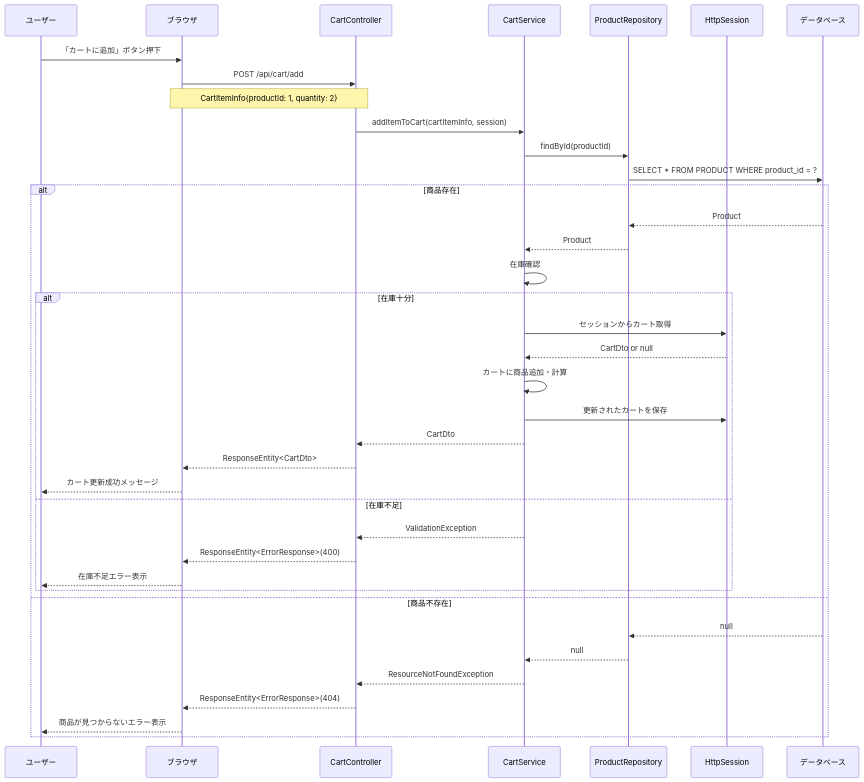
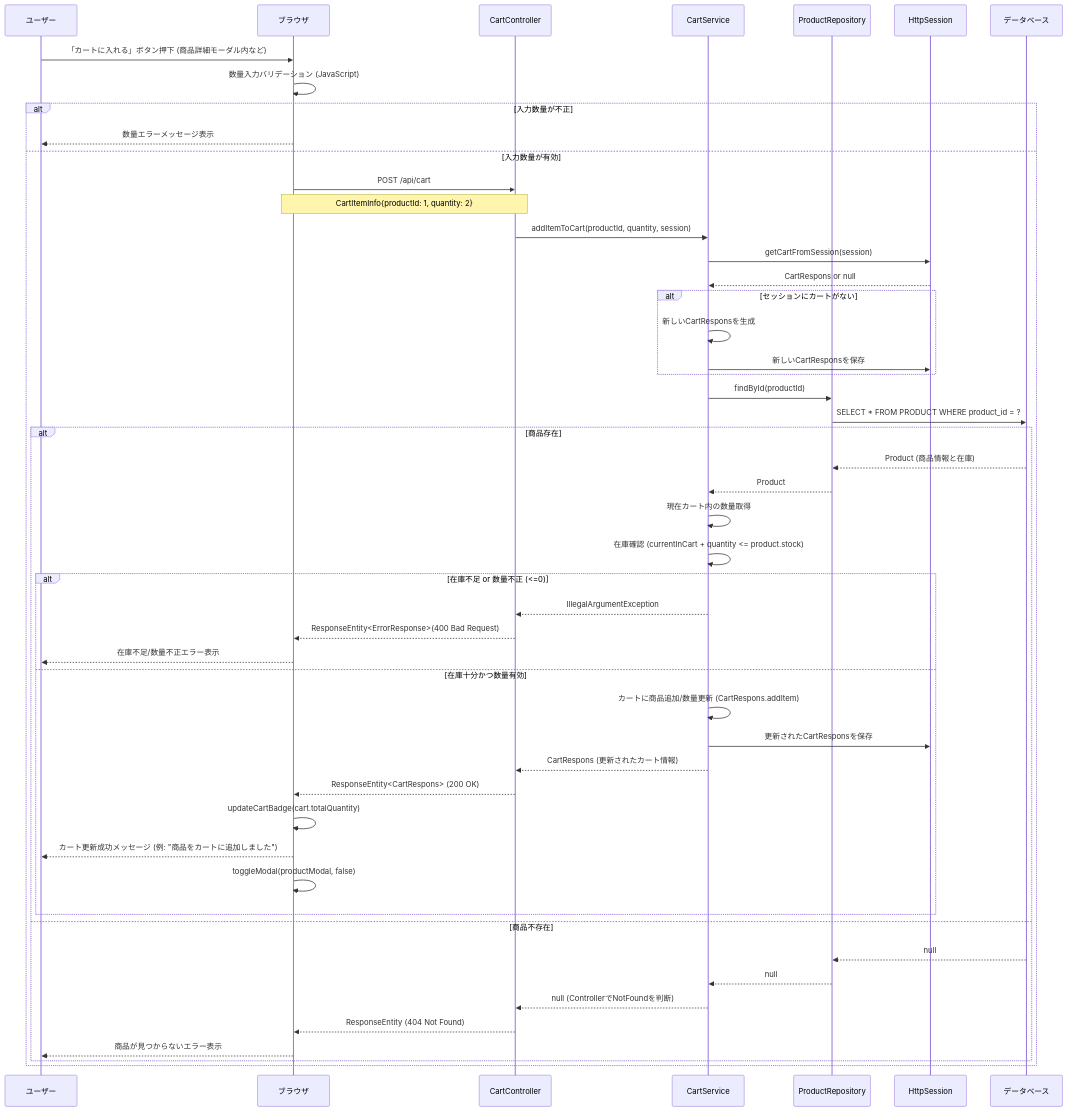
Before and after one commit to shogomaeda758/Bacon: the sixth of 22 diagrams in 詳細設計/詳細設計書_v3.md, drawn with Mermaid. The commit also changed other lines of this file, not shown here.

Commit message:
シーケンス図変更＿詳細設計書

````diff
--- a/詳細設計/詳細設計書_v3.md
+++ b/詳細設計/詳細設計書_v3.md
@@ -272,42 +272,54 @@
 ```mermaid
 sequenceDiagram
     participant U as ユーザー
     participant B as ブラウザ
     participant CC as CartController
     participant CS as CartService
     participant PR as ProductRepository
     participant S as HttpSession
     participant DB as データベース
 
-    U->>B: 「カートに追加」ボタン押下
-    B->>CC: POST /api/cart/add
-    Note over B,CC: CartItemInfo{productId: 1, quantity: 2}
-    CC->>CS: addItemToCart(cartItemInfo, session)
-    CS->>PR: findById(productId)
-    PR->>DB: SELECT * FROM PRODUCT WHERE product_id = ?
-    
-    alt 商品存在
-        DB-->>PR: Product
-        PR-->>CS: Product
-        CS->>CS: 在庫確認
-        alt 在庫十分
-            CS->>S: セッションからカート取得
-            S-->>CS: CartDto or null
-            CS->>CS: カートに商品追加・計算
-            CS->>S: 更新されたカートを保存
-            CS-->>CC: CartDto
-            CC-->>B: ResponseEntity<CartDto>
-            B-->>U: カート更新成功メッセージ
-        else 在庫不足
-            CS-->>CC: ValidationException
-            CC-->>B: ResponseEntity<ErrorResponse>(400)
-            B-->>U: 在庫不足エラー表示
+    U->>B: 「カートに入れる」ボタン押下 (商品詳細モーダル内など)
+    B->>B: 数量入力バリデーション (JavaScript)
+    alt 入力数量が不正
+        B-->>U: 数量エラーメッセージ表示
+    else 入力数量が有効
+        B->>CC: POST /api/cart
+        Note over B,CC: CartItemInfo{productId: 1, quantity: 2}
+        CC->>CS: addItemToCart(productId, quantity, session)
+        CS->>S: getCartFromSession(session)
+        S-->>CS: CartRespons or null
+        alt セッションにカートがない
+            CS->>CS: 新しいCartResponsを生成
+            CS->>S: 新しいCartResponsを保存
         end
-    else 商品不存在
-        DB-->>PR: null
-        PR-->>CS: null
-        CS-->>CC: ResourceNotFoundException
-        CC-->>B: ResponseEntity<ErrorResponse>(404)
-        B-->>U: 商品が見つからないエラー表示
+        CS->>PR: findById(productId)
+        PR->>DB: SELECT * FROM PRODUCT WHERE product_id = ?
+        
+        alt 商品存在
+            DB-->>PR: Product (商品情報と在庫)
+            PR-->>CS: Product
+            CS->>CS: 現在カート内の数量取得
+            CS->>CS: 在庫確認 (currentInCart + quantity <= product.stock)
+            alt 在庫不足 or 数量不正 (<=0)
+                CS-->>CC: IllegalArgumentException
+                CC-->>B: ResponseEntity<ErrorResponse>(400 Bad Request)
+                B-->>U: 在庫不足/数量不正エラー表示
+            else 在庫十分かつ数量有効
+                CS->>CS: カートに商品追加/数量更新 (CartRespons.addItem)
+                CS->>S: 更新されたCartResponsを保存
+                CS-->>CC: CartRespons (更新されたカート情報)
+                CC-->>B: ResponseEntity<CartRespons> (200 OK)
+                B->>B: updateCartBadge(cart.totalQuantity)
+                B-->>U: カート更新成功メッセージ (例: "商品をカートに追加しました")
+                B->>B: toggleModal(productModal, false)
+            end
+        else 商品不存在
+            DB-->>PR: null
+            PR-->>CS: null
+            CS-->>CC: null (ControllerでNotFoundを判断)
+            CC-->>B: ResponseEntity (404 Not Found)
+            B-->>U: 商品が見つからないエラー表示
+        end
     end
 ```
````
